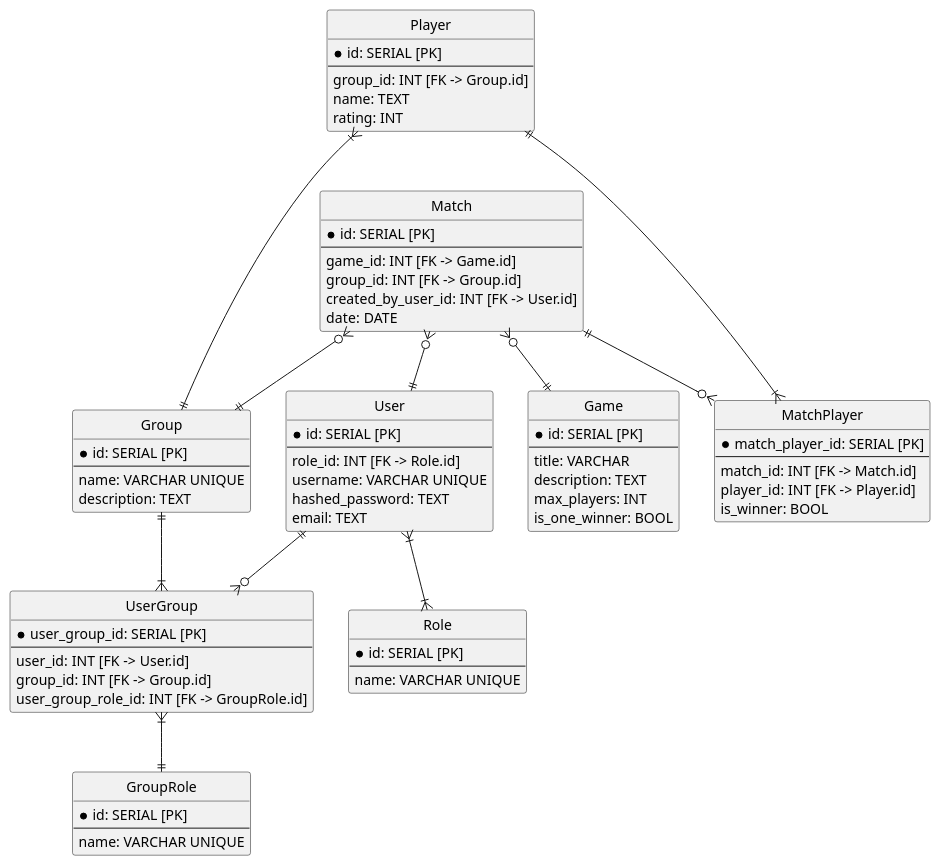
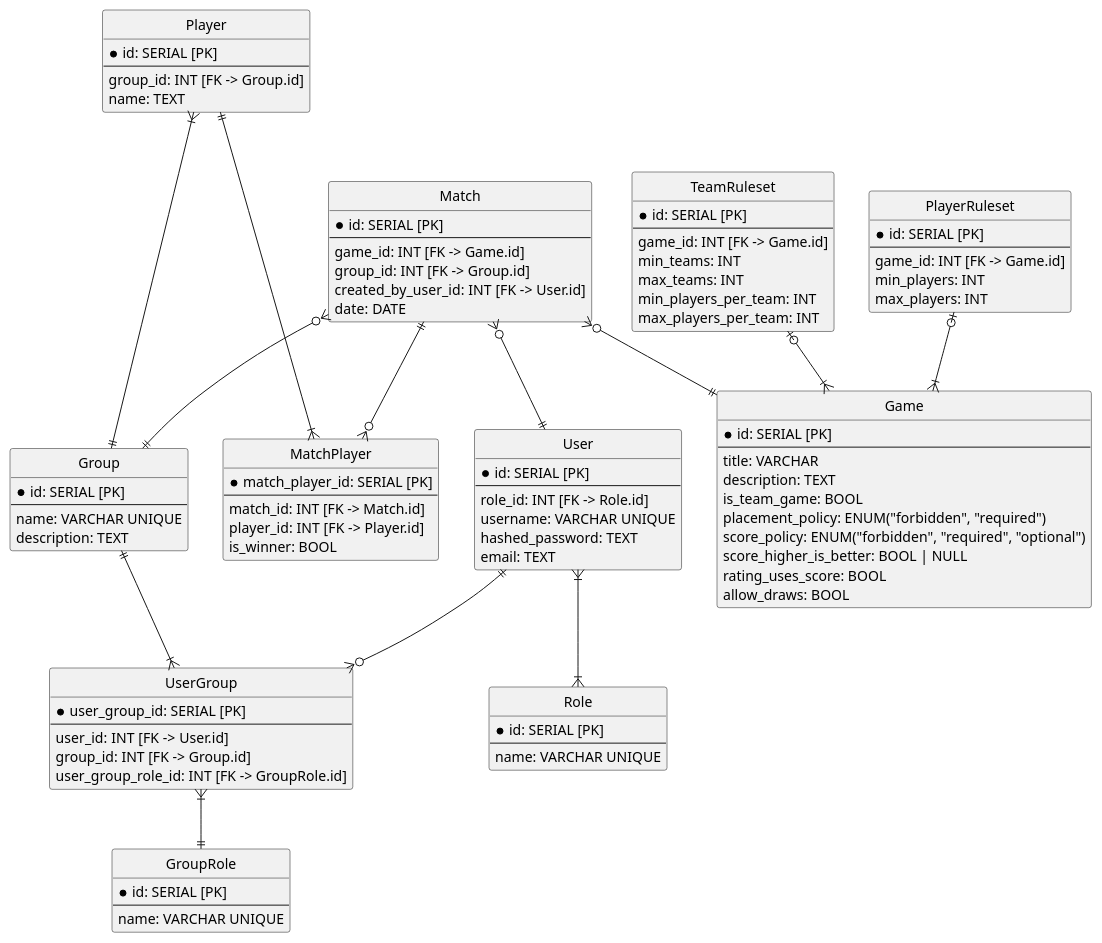
One commit to Sofassssssss/Board-game-tracking changed the diagram in sql_model/er.puml. Above: the diagram before and after it, drawn with PlantUML. The commit also changed 1 other file, not shown here.

Commit message:
add PlayerRuleset and TeamRuleset entities & remove rating field from Player

```diff
--- a/sql_model/er.puml
+++ b/sql_model/er.puml
@@ -1,87 +1,110 @@
 @startuml
 hide circle
 
 entity Game {
   * id: SERIAL [PK]
   --
   title: VARCHAR
   description: TEXT
+  is_team_game: BOOL
+  placement_policy: ENUM("forbidden", "required")
+  score_policy: ENUM("forbidden", "required", "optional")
+  score_higher_is_better: BOOL | NULL
+  rating_uses_score: BOOL
+  allow_draws: BOOL
+}
+
+entity PlayerRuleset {
+  * id: SERIAL [PK]
+  --
+  game_id: INT [FK -> Game.id]
+  min_players: INT
   max_players: INT
-  is_one_winner: BOOL
+}
+
+entity TeamRuleset {
+  * id: SERIAL [PK]
+  --
+  game_id: INT [FK -> Game.id]
+  min_teams: INT
+  max_teams: INT
+  min_players_per_team: INT
+  max_players_per_team: INT
 }
 
 entity Match {
   * id: SERIAL [PK]
   --
   game_id: INT [FK -> Game.id]
   group_id: INT [FK -> Group.id]
   created_by_user_id: INT [FK -> User.id]
   date: DATE
 }
 
 entity Group {
   * id: SERIAL [PK]
   --
   name: VARCHAR UNIQUE
   description: TEXT
 }
 
 entity User {
   * id: SERIAL [PK]
   --
   role_id: INT [FK -> Role.id]
   username: VARCHAR UNIQUE
   hashed_password: TEXT
   email: TEXT
 }
 
 entity UserGroup{
     * user_group_id: SERIAL [PK]
     --
     user_id: INT [FK -> User.id]
     group_id: INT [FK -> Group.id]
     user_group_role_id: INT [FK -> GroupRole.id]
 }
 
 entity MatchPlayer{
     * match_player_id: SERIAL [PK]
     --
     match_id: INT [FK -> Match.id]
     player_id: INT [FK -> Player.id]
     is_winner: BOOL
 }
 
 entity Player {
   * id: SERIAL [PK]
   --
   group_id: INT [FK -> Group.id]
   name: TEXT
-  rating: INT
 }
 
 entity Role {
   * id: SERIAL [PK]
   --
   name: VARCHAR UNIQUE
 }
 
 entity GroupRole {
   * id: SERIAL [PK]
   --
   name: VARCHAR UNIQUE
 }
 
 
 Match }o--|| Game
 Match }o--|| Group
 Match }o--|| User
 Match ||-o{ MatchPlayer
 Player }|---|| Group
 Player ||---|{ MatchPlayer
 User }|--|{ Role
 User ||--o{ UserGroup
 Group ||--|{ UserGroup
 UserGroup }|--|| GroupRole
+PlayerRuleset |o--|{ Game
+TeamRuleset |o--|{ Game
 
 
 @enduml
```
